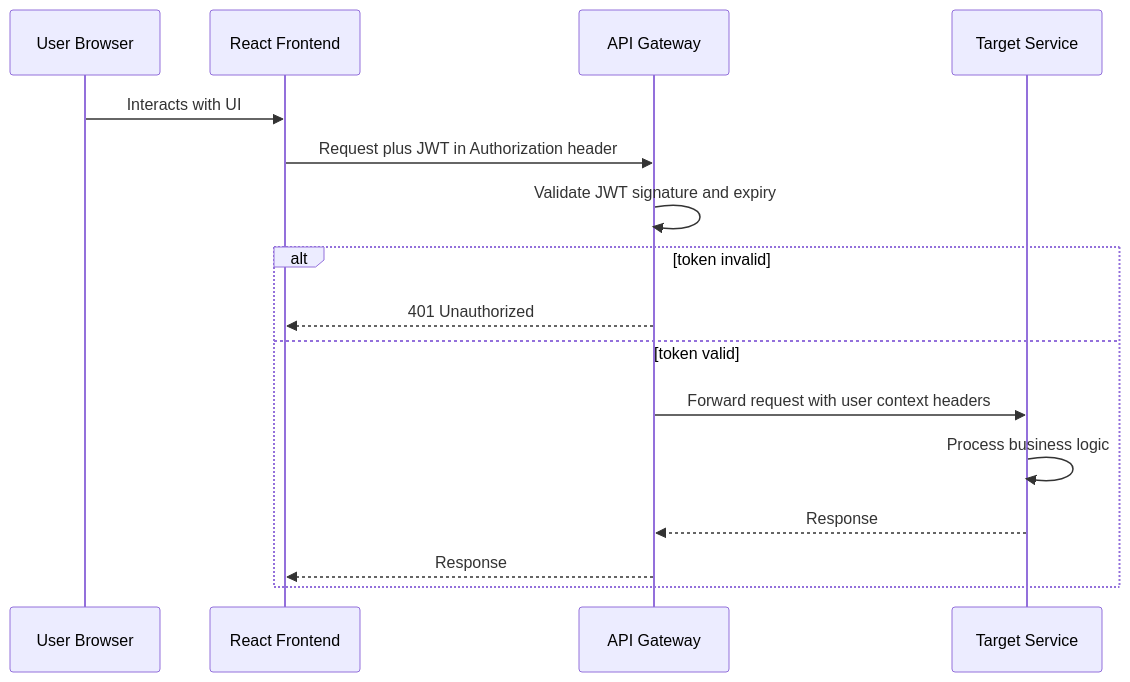
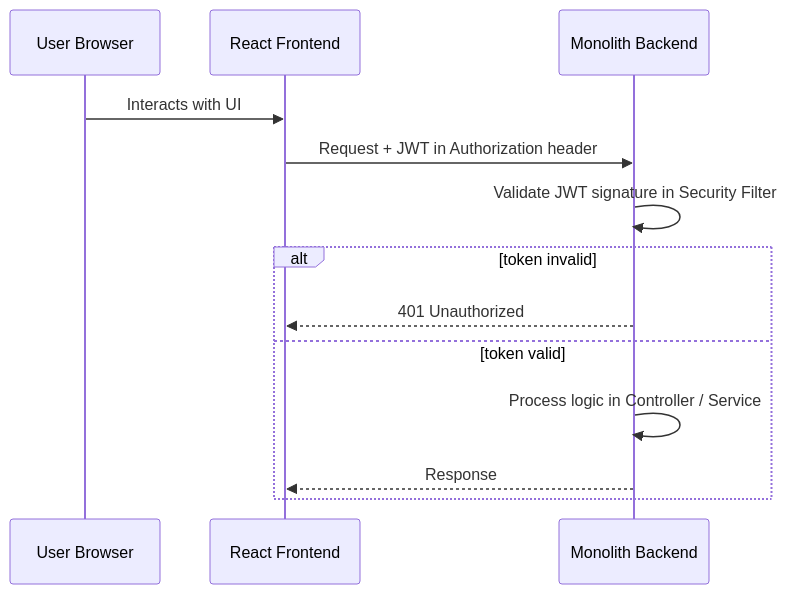
One commit to 123suraj-sky/DevOps-Suite changed the third of 5 diagrams in docs/02-architecture-hld.md. Above: the diagram before and after it, drawn with Mermaid. The commit also changed other lines of this file and 116 other files, not shown here.

First line of the commit message:
refactor: convert microservices to monolithic architecture

````diff
--- a/docs/02-architecture-hld.md
+++ b/docs/02-architecture-hld.md
@@ -67,19 +36,16 @@
 ```mermaid
 sequenceDiagram
     participant U as User Browser
     participant FE as React Frontend
-    participant GW as API Gateway
-    participant SV as Target Service
-
+    participant MN as Monolith Backend
+    
     U->>FE: Interacts with UI
-    FE->>GW: Request plus JWT in Authorization header
-    GW->>GW: Validate JWT signature and expiry
+    FE->>MN: Request + JWT in Authorization header
+    MN->>MN: Validate JWT signature in Security Filter
     alt token invalid
-        GW-->>FE: 401 Unauthorized
+        MN-->>FE: 401 Unauthorized
     else token valid
-        GW->>SV: Forward request with user context headers
-        SV->>SV: Process business logic
-        SV-->>GW: Response
-        GW-->>FE: Response
+        MN->>MN: Process logic in Controller / Service
+        MN-->>FE: Response
     end
 ```
````
